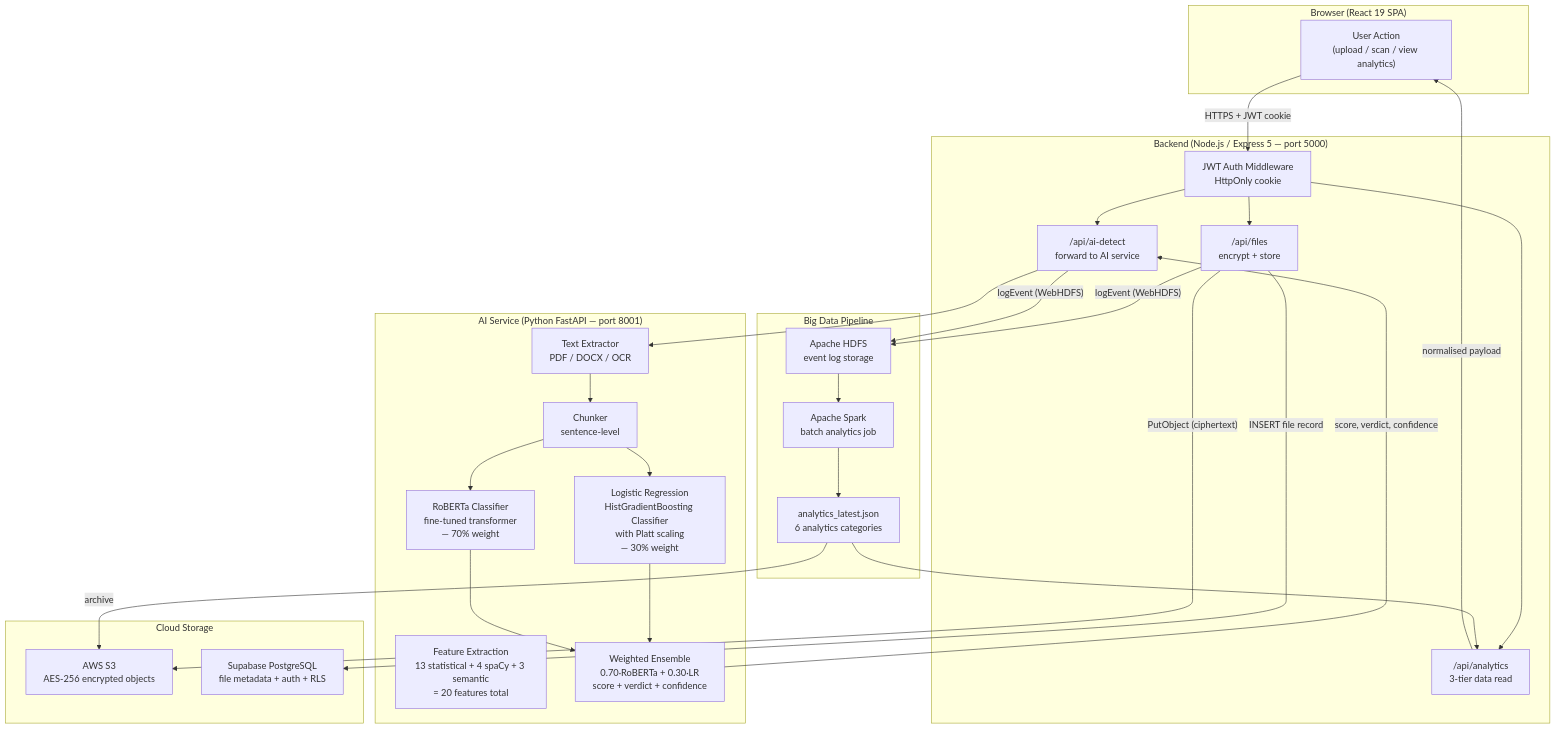
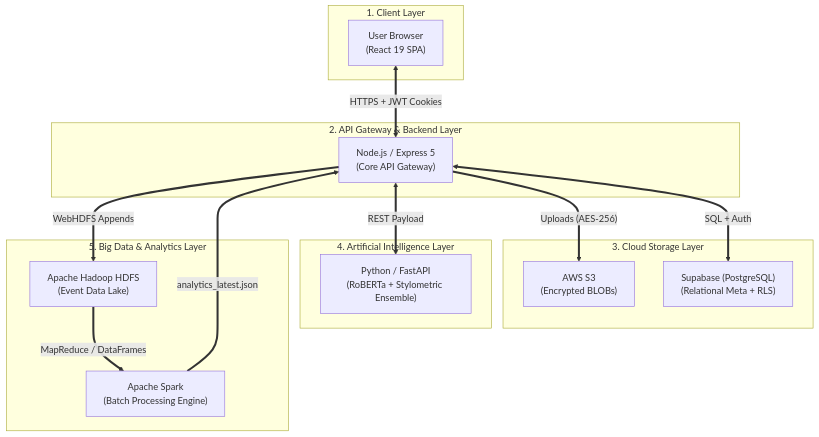
Before and after one commit to securitywithhem/vaultiq: the first of 4 diagrams in README.md, drawn with Mermaid. The commit also changed other lines of this file, not shown here.

````diff
--- a/README.md
+++ b/README.md
@@ -166,59 +27,32 @@
 ```mermaid
 flowchart TD
-    subgraph Browser["Browser (React 19 SPA)"]
-        UI["User Action<br/>(upload / scan / view analytics)"]
+    subgraph Client["1. Client Layer"]
+        Browser["User Browser<br/>(React 19 SPA)"]
     end
 
-    subgraph Backend["Backend (Node.js / Express 5 — port 5000)"]
-        Auth["JWT Auth Middleware<br/>HttpOnly cookie"]
-        FileRoute["/api/files<br/>encrypt + store"]
-        AIRoute["/api/ai-detect<br/>forward to AI service"]
-        AnalyticsRoute["/api/analytics<br/>3-tier data read"]
+    subgraph API["2. API Gateway & Backend Layer"]
+        Node["Node.js / Express 5<br/>(Core API Gateway)"]
     end
 
-    subgraph Storage["Cloud Storage"]
-        S3["AWS S3<br/>AES-256 encrypted objects"]
-        DB["Supabase PostgreSQL<br/>file metadata + auth + RLS"]
+    subgraph Storage["3. Cloud Storage Layer"]
+        S3["AWS S3<br/>(Encrypted BLOBs)"]
+        Supa["Supabase (PostgreSQL)<br/>(Relational Meta + RLS)"]
     end
 
-    subgraph AIService["AI Service (Python FastAPI — port 8001)"]
-        Extract["Text Extractor<br/>PDF / DOCX / OCR"]
-        Chunk["Chunker<br/>sentence-level"]
-        Features["Feature Extraction<br/>13 statistical + 4 spaCy + 3 semantic<br/>= 20 features total"]
-        StatModel["Logistic Regression<br/>HistGradientBoosting Classifier<br/>with Platt scaling<br/>— 30% weight"]
-        RoBERTa["RoBERTa Classifier<br/>fine-tuned transformer<br/>— 70% weight"]
-        Ensemble["Weighted Ensemble<br/>0.70·RoBERTa + 0.30·LR<br/>score + verdict + confidence"]
+    subgraph AI["4. Artificial Intelligence Layer"]
+        FastAPI["Python / FastAPI<br/>(RoBERTa + Stylometric Ensemble)"]
     end
 
-    subgraph BigData["Big Data Pipeline"]
-        HDFS["Apache HDFS<br/>event log storage"]
-        Spark["Apache Spark<br/>batch analytics job"]
-        Results["analytics_latest.json<br/>6 analytics categories"]
+    subgraph BigData["5. Big Data & Analytics Layer"]
+        HDFS["Apache Hadoop HDFS<br/>(Event Data Lake)"]
+        Spark["Apache Spark<br/>(Batch Processing Engine)"]
     end
 
-    UI -->|"HTTPS + JWT cookie"| Auth
-    Auth --> FileRoute
-    Auth --> AIRoute
-    Auth --> AnalyticsRoute
-
-    FileRoute -->|"PutObject (ciphertext)"| S3
-    FileRoute -->|"INSERT file record"| DB
-
-    AIRoute --> Extract
-    Extract --> Chunk
-    Chunk --> StatModel
-    Chunk --> RoBERTa
-    StatModel --> Ensemble
-    RoBERTa --> Ensemble
-    Ensemble -->|"score, verdict, confidence"| AIRoute
-
-    FileRoute -->|"logEvent (WebHDFS)"| HDFS
-    AIRoute -->|"logEvent (WebHDFS)"| HDFS
-
-    HDFS --> Spark
-    Spark --> Results
-    Results --> AnalyticsRoute
-    Results -->|"archive"| S3
-
-    AnalyticsRoute -->|"normalised payload"| UI
+    Browser <==>|"HTTPS + JWT Cookies"| Node
+    Node ==>|"Uploads (AES-256)"| S3
+    Node <==>|"SQL + Auth"| Supa
+    Node <==>|"REST Payload"| FastAPI
+    Node ==>|"WebHDFS Appends"| HDFS
+    HDFS ==>|"MapReduce / DataFrames"| Spark
+    Spark ==>|"analytics_latest.json"| Node
 ```
````
